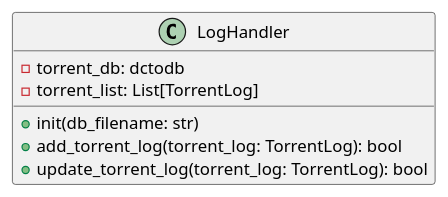
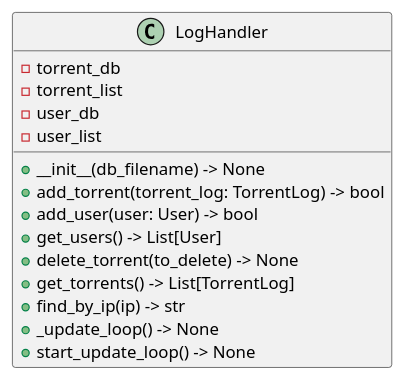
The diagram in PlantUML/loghandler.puml (YuvalHad1220/Bittorent-Project), drawn with PlantUML before and after one commit. The commit also changed 30 other files, not shown here.

```diff
--- a/PlantUML/loghandler.puml
+++ b/PlantUML/loghandler.puml
@@ -1,13 +1,18 @@
 @startuml
 class LogHandler {
-- torrent_db: dctodb
-- torrent_list: List[TorrentLog]
+  - torrent_db
+  - torrent_list
+  - user_db
+  - user_list
 
-
-+ init(db_filename: str)
-+ add_torrent_log(torrent_log: TorrentLog): bool
-+ update_torrent_log(torrent_log: TorrentLog): bool
+  + __init__(db_filename) -> None
+  + add_torrent(torrent_log: TorrentLog) -> bool
+  + add_user(user: User) -> bool
+  + get_users() -> List[User]
+  + delete_torrent(to_delete) -> None
+  + get_torrents() -> List[TorrentLog]
+  + find_by_ip(ip) -> str
+  + _update_loop() -> None
+  + start_update_loop() -> None
 }
-
-
 @enduml
```
